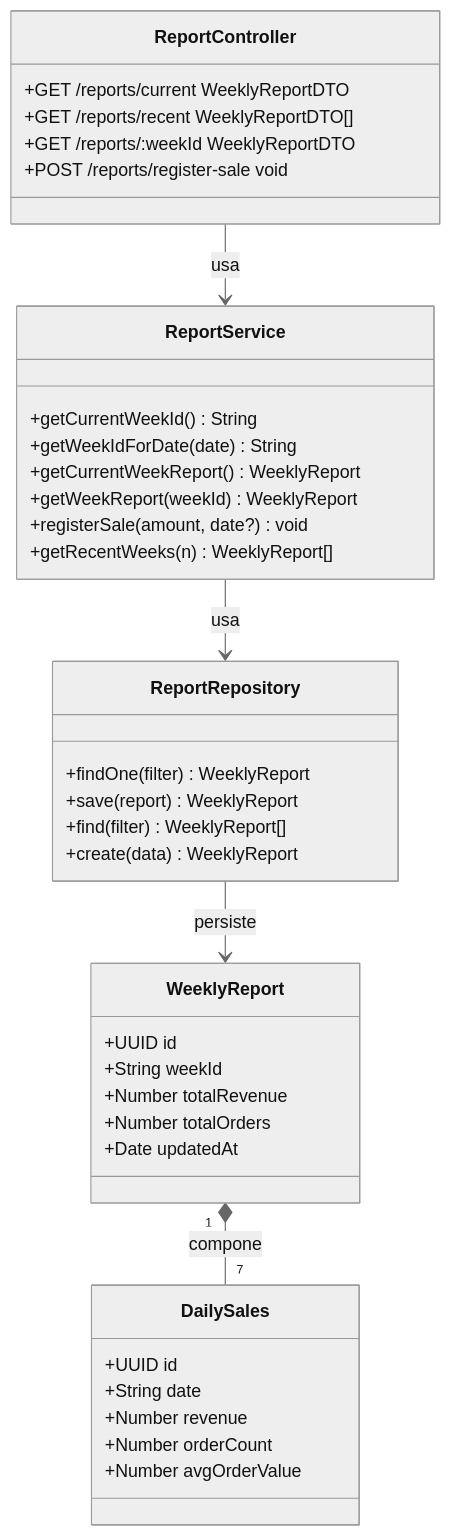
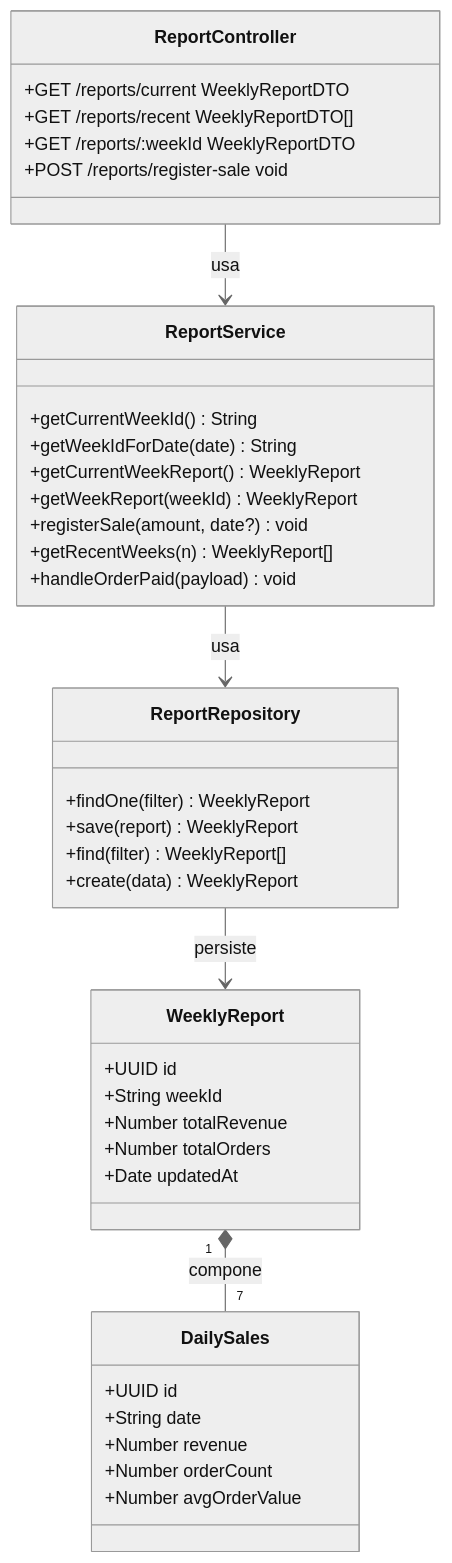
One commit to holyusm/INF-301-WWW changed diagram 11 of 12 in BackEnd-Arquitectura.md. Above: the diagram before and after it, drawn with Mermaid (neutral theme). The commit also changed other lines of this file and 8 other files, not shown here.

````diff
--- a/BackEnd-Arquitectura.md
+++ b/BackEnd-Arquitectura.md
@@ -743,46 +1213,47 @@
 ```mermaid
 classDiagram
     class ReportController {
         +GET /reports/current WeeklyReportDTO
         +GET /reports/recent WeeklyReportDTO[]
         +GET /reports/:weekId WeeklyReportDTO
         +POST /reports/register-sale void
     }
 
     class ReportService {
         +getCurrentWeekId() String
         +getWeekIdForDate(date) String
         +getCurrentWeekReport() WeeklyReport
         +getWeekReport(weekId) WeeklyReport
         +registerSale(amount, date?) void
         +getRecentWeeks(n) WeeklyReport[]
+        +handleOrderPaid(payload) void
     }
 
     class ReportRepository {
         +findOne(filter) WeeklyReport
         +save(report) WeeklyReport
         +find(filter) WeeklyReport[]
         +create(data) WeeklyReport
     }
 
     class WeeklyReport {
         +UUID id
         +String weekId
         +Number totalRevenue
         +Number totalOrders
         +Date updatedAt
     }
 
     class DailySales {
         +UUID id
         +String date
         +Number revenue
         +Number orderCount
         +Number avgOrderValue
     }
 
     ReportController --> ReportService : usa
     ReportService --> ReportRepository : usa
     ReportRepository --> WeeklyReport : persiste
     WeeklyReport "1" *-- "7" DailySales : compone
 ```
````
